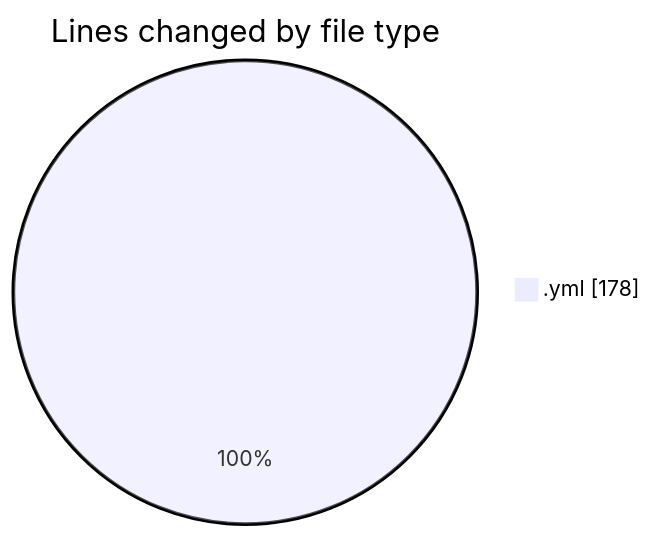
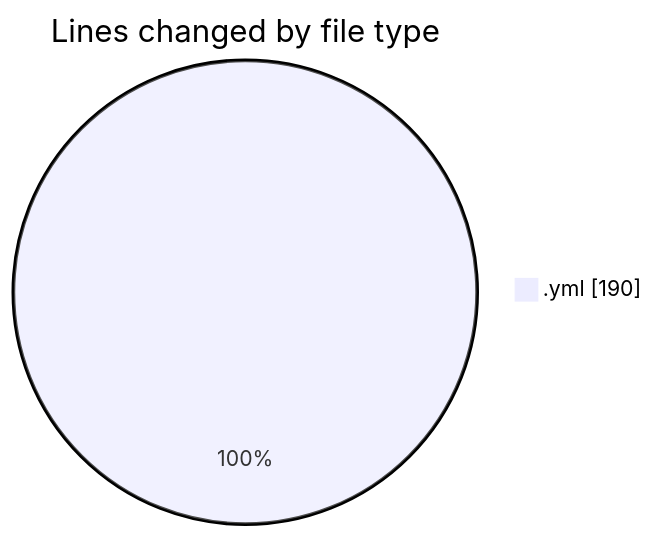
One commit to Netris89/code-tracking changed the first of 2 diagrams in 2025-04-23/back-end/README.md. Above: the diagram before and after it, drawn with Mermaid. The commit also changed other lines of this file and 1 other file, not shown here.

````diff
--- a/2025-04-23/back-end/README.md
+++ b/2025-04-23/back-end/README.md
@@ -22,5 +22,5 @@
 ```mermaid
 pie showData
 title Lines changed by file type
-".yml" : 178
+".yml" : 190
 ```
````
